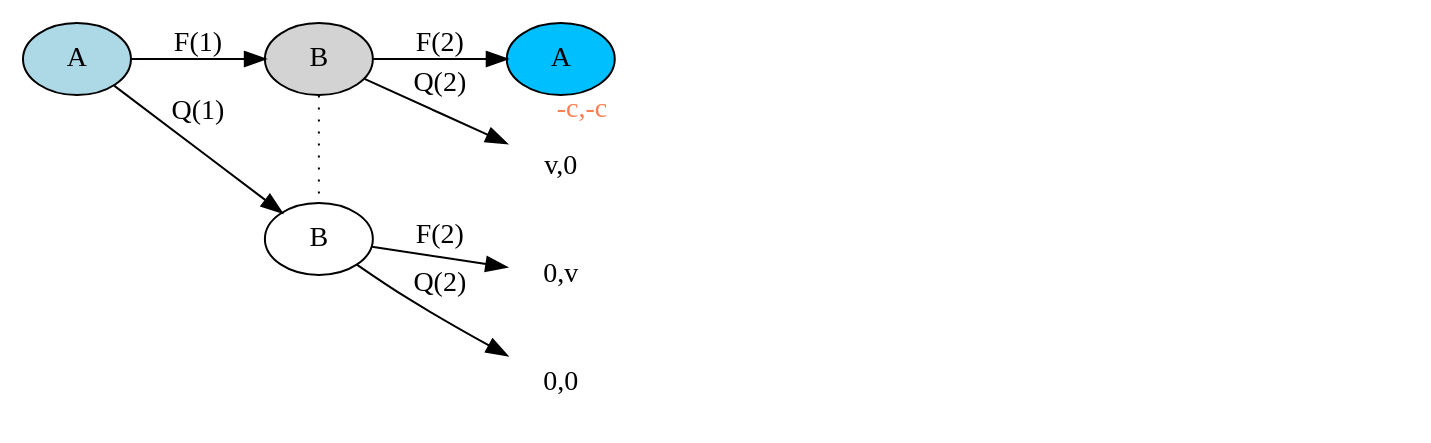
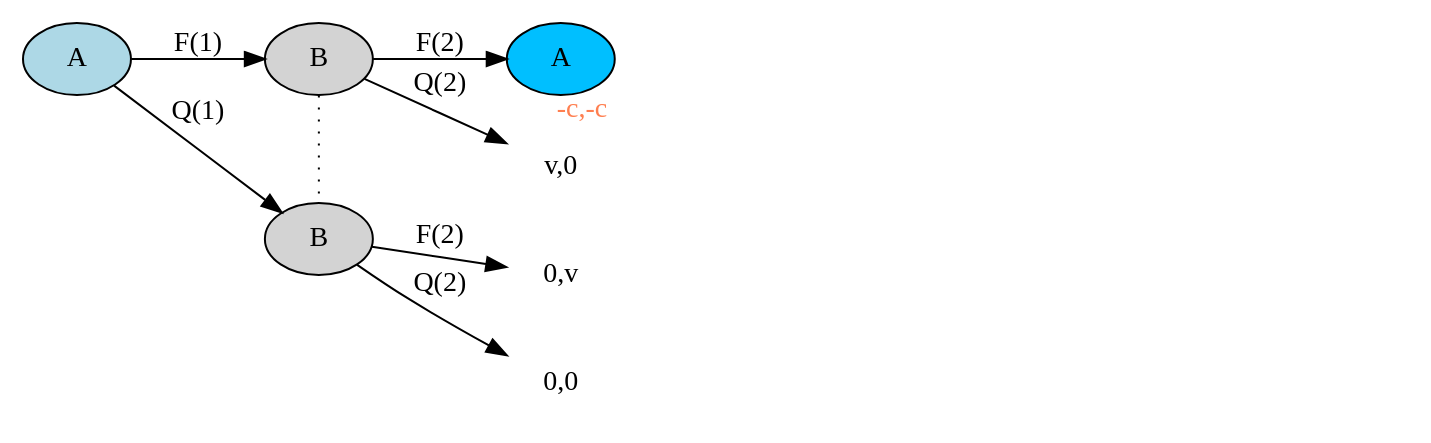
Diagram 14 of 21 in mode/drl_101.org (Binjian/org), drawn with Graphviz before and after one commit. The commit also changed other lines of this file and 3 other files, not shown here.

```diff
--- a/mode/drl_101.org
+++ b/mode/drl_101.org
@@ -701,48 +810,48 @@
-#+begin_src dot :file img/_generated/tree21.png
+#+begin_src dot :file img/_generated/tree21.png :cache yes
 digraph G {
     rankdir=LR;
     {
         node [group=top]
         A1[label=A,style=filled, fillcolor=lightblue]
         B1[label=B,style=filled, fillcolor=lightgrey]
         A21[label="A",style=filled, xlabel=<<FONT COLOR="coral">-c,-c</FONT>>,fillcolor=deepskyblue]
         B21[label=B,style=invis,fillcolor=lightslategrey]
         A31[label=A,style=invis,xlabel=<<FONT COLOR="coral">-1</FONT>-1,<FONT COLOR="coral">-1</FONT>-1>,fillcolor=dodgerblue]
         future[style=invis]
     }
-    B2[label=B,fillcolor=lightgrey]
+    B2[label=B,style=filled,fillcolor=lightgrey]
     A1->B1[label="F(1)"]
 
     A1->B2[label="Q(1)"]
     A21->B21[label="F(3)",style=invis]
 
     B1 -> B2 [style="dotted", dir=none]
 
     B22[label=B,style=invis, fillcolor=lightslategrey]
 
     P12[label="v,0",shape=rect,color=none]
     P21[label="0,v",shape=rect,color=none]
     P22[label="0,0",shape=rect,color=none]
     B1->A21[label="F(2)"]
     B1->P12[label="Q(2)"]
     B21 -> B22 [style="dotted",dir=none,style=invis]
     {rank=same; B21,B22}
 
     B2->P21[label="F(2)"]
     B2->P22[label="Q(2)"]
     {rank=same; B1,B2}
 
     A21->B22[label="Q(3)",style=invis]
 
     B21 -> A31[label="F(4)",style=invis]
     P32[label=<<FONT COLOR="coral">-1</FONT>+2,<FONT COLOR="coral">-1</FONT>+0>,shape=rect,color=none,style=invis]
     P31[label=<<FONT COLOR="coral">-1</FONT>+0,<FONT COLOR="coral">-1</FONT>+2>,shape=rect,color=none,style=invis]
     P33[label=<<FONT COLOR="coral">-1</FONT>+0,<FONT COLOR="coral">-1</FONT>+0>,shape=rect,color=none,style=invis]
     A31 -> future[style="dashed",style=invis]
     B21 -> P32[label="Q(4)",style=invis]
 
     B22 -> P31[label="F(4)",style=invis]
     B22 -> P33[label="Q(4)",style=invis]
 
 }
 #+end_src
```
